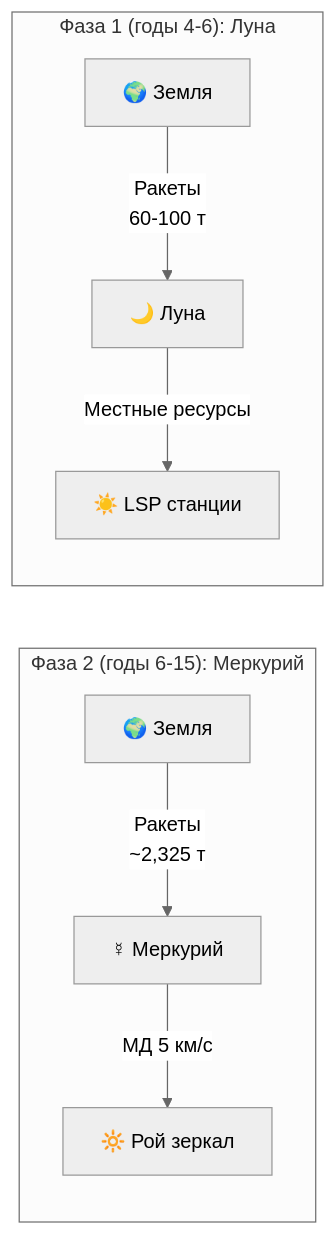
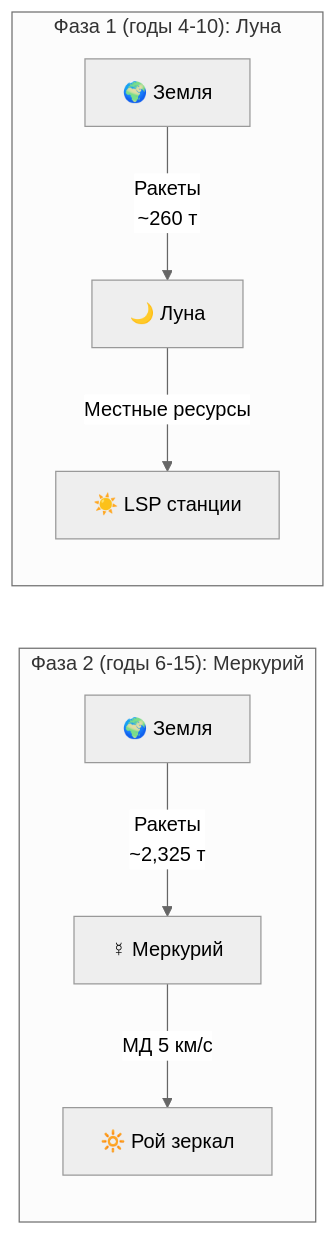
One commit to DmitryNasikanov/infinite-energy changed the first of 3 diagrams in ru/science/summaries/delivery.qmd. Above: the diagram before and after it, drawn with Mermaid (neutral theme). The commit also changed other lines of this file and 26 other files, not shown here.

````diff
--- a/ru/science/summaries/delivery.qmd
+++ b/ru/science/summaries/delivery.qmd
@@ -96,13 +98,13 @@
 ```{mermaid}
 %%| fig-width: 8
 flowchart LR
     subgraph "Фаза 2 (годы 6-15): Меркурий"
         E2[🌍 Земля] -->|"Ракеты<br>~2,325 т"| M[☿ Меркурий]
         M -->|"МД 5 км/с"| R[🔆 Рой зеркал]
     end
 
-    subgraph "Фаза 1 (годы 4-6): Луна"
-        E1[🌍 Земля] -->|"Ракеты<br>60-100 т"| L[🌙 Луна]
+    subgraph "Фаза 1 (годы 4-10): Луна"
+        E1[🌍 Земля] -->|"Ракеты<br>~260 т"| L[🌙 Луна]
         L -->|"Местные ресурсы"| LSP[☀️ LSP станции]
     end
 ```
````
